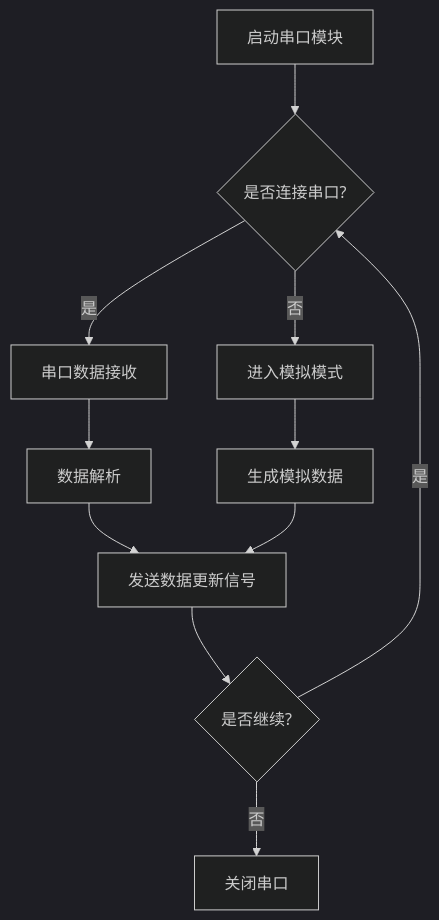
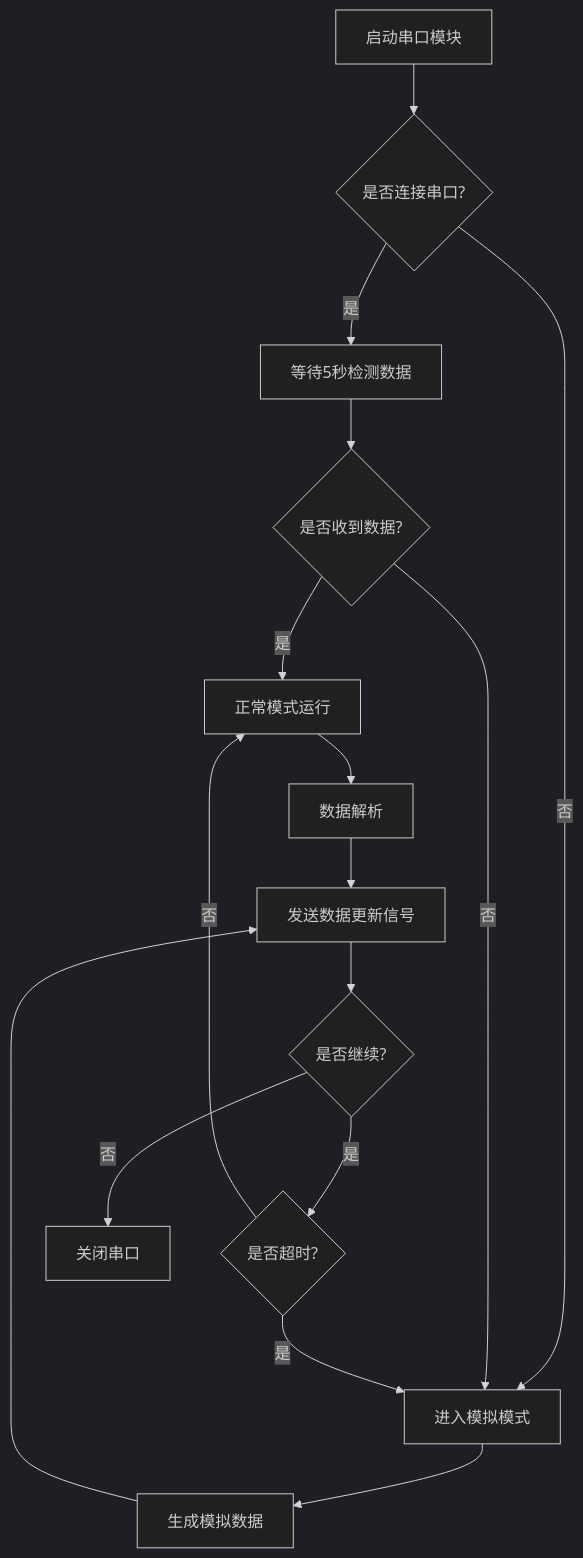
The third of 5 diagrams in README.md (AlexanderTsui/software_copyright), drawn with Mermaid (dark theme) before and after one commit. The commit also changed other lines of this file and 7 other files, not shown here.

````diff
--- a/README.md
+++ b/README.md
@@ -90,13 +90,18 @@
 ```mermaid
 flowchart TD
     A[启动串口模块] --> B{是否连接串口?}
-    B -->|是| C[串口数据接收]
+    B -->|是| C[等待5秒检测数据]
     B -->|否| D[进入模拟模式]
-    C --> E[数据解析]
-    D --> F[生成模拟数据]
-    E --> G[发送数据更新信号]
-    F --> G
-    G --> H{是否继续?}
-    H -->|是| B
-    H -->|否| I[关闭串口]
+    C --> E{是否收到数据?}
+    E -->|是| F[正常模式运行]
+    E -->|否| D
+    F --> G[数据解析]
+    D --> H[生成模拟数据]
+    G --> I[发送数据更新信号]
+    H --> I
+    I --> J{是否继续?}
+    J -->|是| K{是否超时?}
+    K -->|是| D
+    K -->|否| F
+    J -->|否| L[关闭串口]
 ```
````
